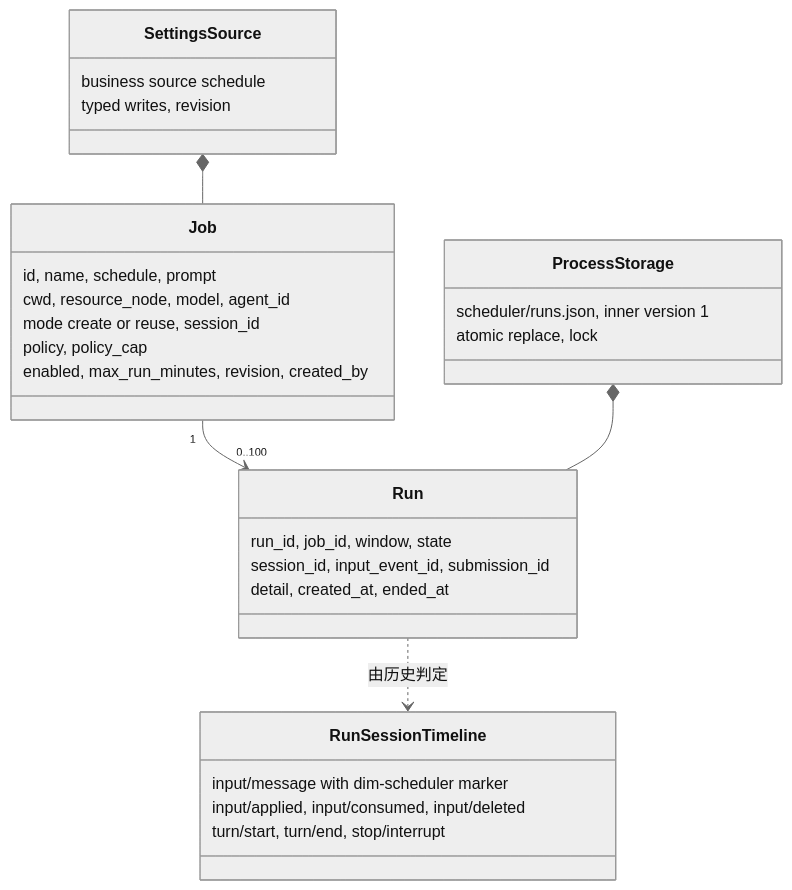
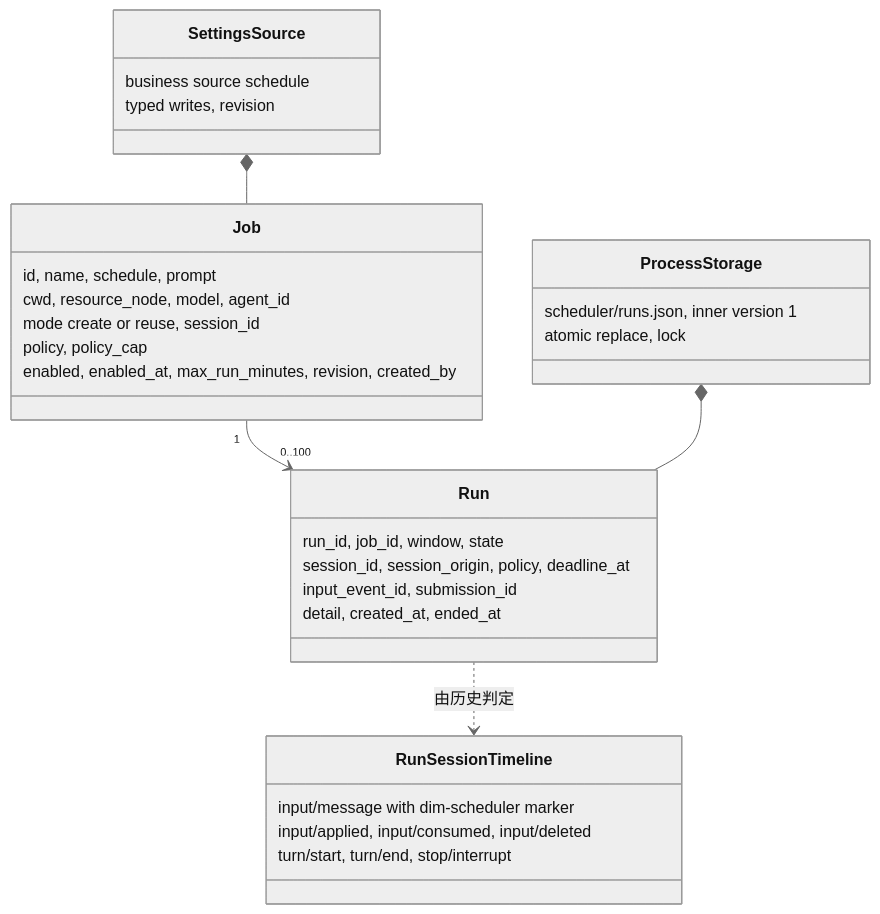
Before and after one commit to CoutinhoTTS/dim-agent: the second of 6 diagrams in docs/zh/design/plugins/Scheduler.md, drawn with Mermaid (neutral theme). The commit also changed other lines of this file and 4 other files, not shown here.

````diff
--- a/docs/zh/design/plugins/Scheduler.md
+++ b/docs/zh/design/plugins/Scheduler.md
@@ -128,32 +128,33 @@
 ```mermaid
 classDiagram
   class Job {
     id, name, schedule, prompt
     cwd, resource_node, model, agent_id
     mode create or reuse, session_id
     policy, policy_cap
-    enabled, max_run_minutes, revision, created_by
+    enabled, enabled_at, max_run_minutes, revision, created_by
   }
   class Run {
     run_id, job_id, window, state
-    session_id, input_event_id, submission_id
+    session_id, session_origin, policy, deadline_at
+    input_event_id, submission_id
     detail, created_at, ended_at
   }
   class SettingsSource {
     business source schedule
     typed writes, revision
   }
   class ProcessStorage {
     scheduler/runs.json, inner version 1
     atomic replace, lock
   }
   class RunSessionTimeline {
     input/message with dim-scheduler marker
     input/applied, input/consumed, input/deleted
     turn/start, turn/end, stop/interrupt
   }
   Job "1" --> "0..100" Run
   SettingsSource *-- Job
   ProcessStorage *-- Run
   Run ..> RunSessionTimeline : 由历史判定
 ```
````
